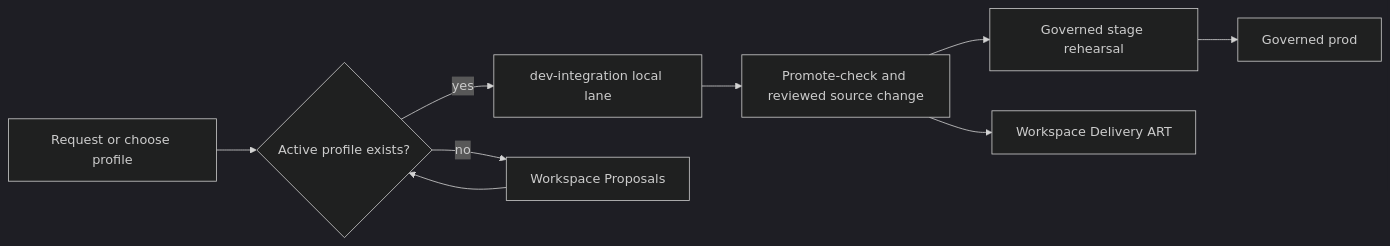
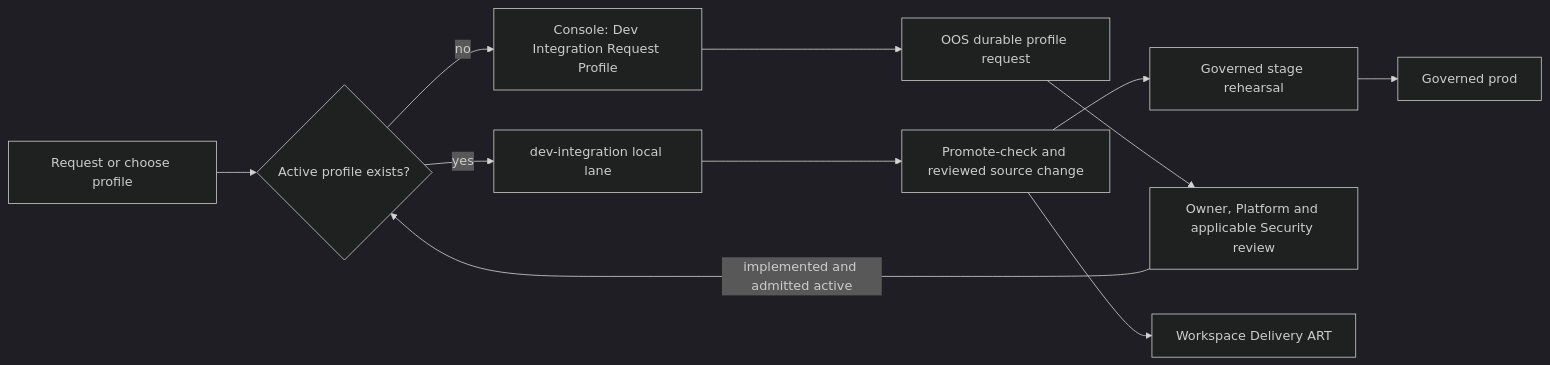
One commit to mfshaf7/platform-engineering changed the diagram in docs/runbooks/dev-integration-profiles.md. Above: the diagram before and after it, drawn with Mermaid (dark theme). The commit also changed other lines of this file and 30 other files, not shown here.

Commit message:
Expose bounded Console profiles and governed release owner workflows (#359)

````diff
--- a/docs/runbooks/dev-integration-profiles.md
+++ b/docs/runbooks/dev-integration-profiles.md
@@ -19,20 +19,24 @@
 ```mermaid
 flowchart LR
     Request[Request or choose profile]
     Active{Active profile exists?}
     DevInt[dev-integration local lane]
     Promote[Promote-check and reviewed source change]
     Stage[Governed stage rehearsal]
     Prod[Governed prod]
-    Proposals[Workspace Proposals]
+    ProfileRequest[Console: Dev Integration Request Profile]
+    Requests[OOS durable profile request]
+    Admission[Owner, Platform and applicable Security review]
     ART[Workspace Delivery ART]
 
     Request --> Active
-    Active -->|no| Proposals
-    Proposals --> Active
+    Active -->|no| ProfileRequest
+    ProfileRequest --> Requests
+    Requests --> Admission
+    Admission -->|implemented and admitted active| Active
     Active -->|yes| DevInt
     DevInt --> Promote
     Promote --> ART
     Promote --> Stage
     Stage --> Prod
 ```
````
